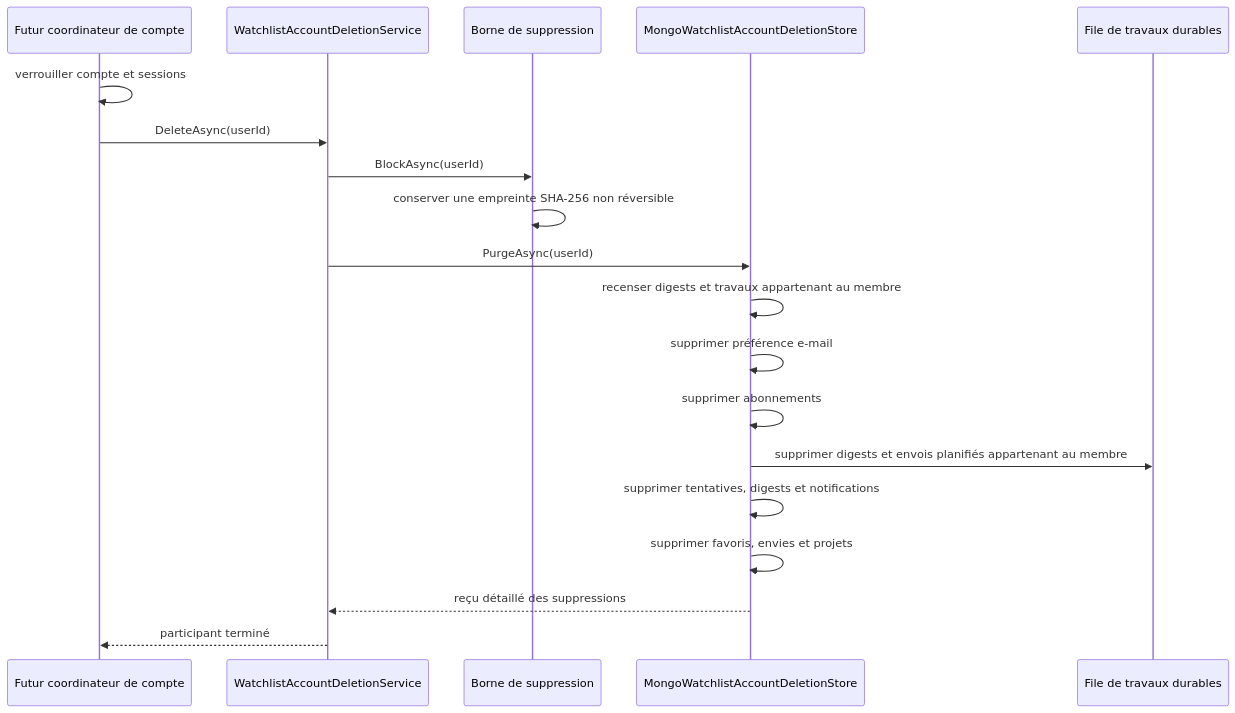
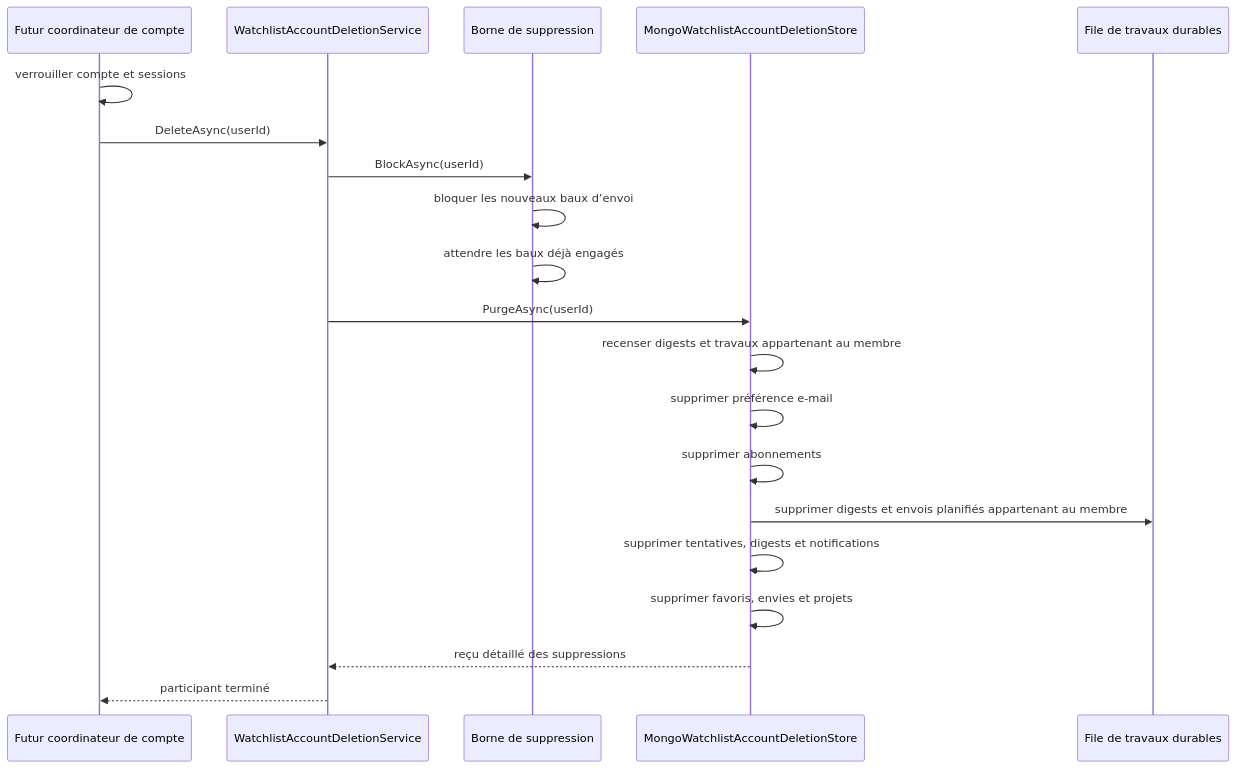
One commit to Ced59/AmusementParkProject changed the third of 4 diagrams in docs/architecture/product-growth-watch-11-data-lifecycle-2026-09-17.md. Above: the diagram before and after it, drawn with Mermaid. The commit also changed other lines of this file and 15 other files, not shown here.

````diff
--- a/docs/architecture/product-growth-watch-11-data-lifecycle-2026-09-17.md
+++ b/docs/architecture/product-growth-watch-11-data-lifecycle-2026-09-17.md
@@ -118,22 +119,23 @@
 ```mermaid
 sequenceDiagram
     participant A as Futur coordinateur de compte
     participant S as WatchlistAccountDeletionService
     participant F as Borne de suppression
     participant M as MongoWatchlistAccountDeletionStore
     participant J as File de travaux durables
 
     A->>A: verrouiller compte et sessions
     A->>S: DeleteAsync(userId)
     S->>F: BlockAsync(userId)
-    F->>F: conserver une empreinte SHA-256 non réversible
+    F->>F: bloquer les nouveaux baux d’envoi
+    F->>F: attendre les baux déjà engagés
     S->>M: PurgeAsync(userId)
     M->>M: recenser digests et travaux appartenant au membre
     M->>M: supprimer préférence e-mail
     M->>M: supprimer abonnements
     M->>J: supprimer digests et envois planifiés appartenant au membre
     M->>M: supprimer tentatives, digests et notifications
     M->>M: supprimer favoris, envies et projets
     M-->>S: reçu détaillé des suppressions
     S-->>A: participant terminé
 ```
````
